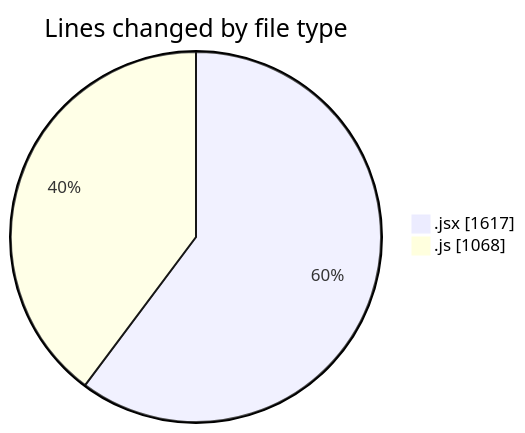
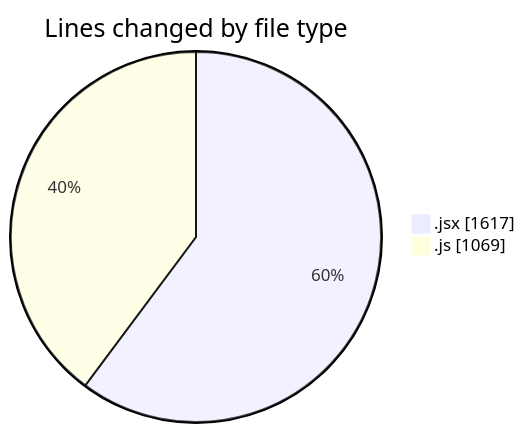
The first of 2 diagrams in 2025-06-04/nxtqube_webapp/README.md (nxtqubesakshisongat/code-tracking), drawn with Mermaid before and after one commit. The commit also changed other lines of this file and 1 other file, not shown here.

````diff
--- a/2025-06-04/nxtqube_webapp/README.md
+++ b/2025-06-04/nxtqube_webapp/README.md
@@ -25,6 +25,6 @@
 ```mermaid
 pie showData
 title Lines changed by file type
 ".jsx" : 1617
-".js" : 1068
+".js" : 1069
 ```
````
